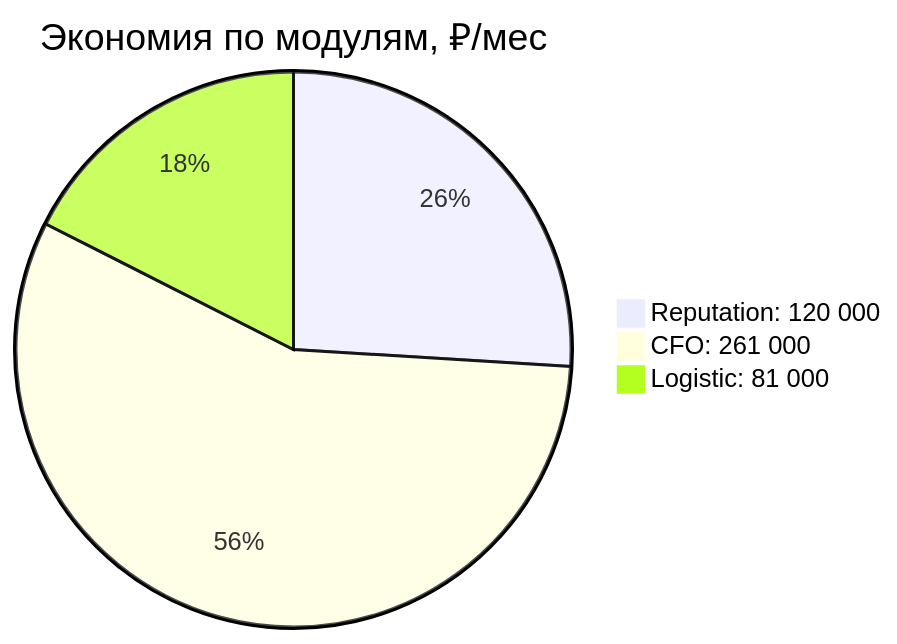
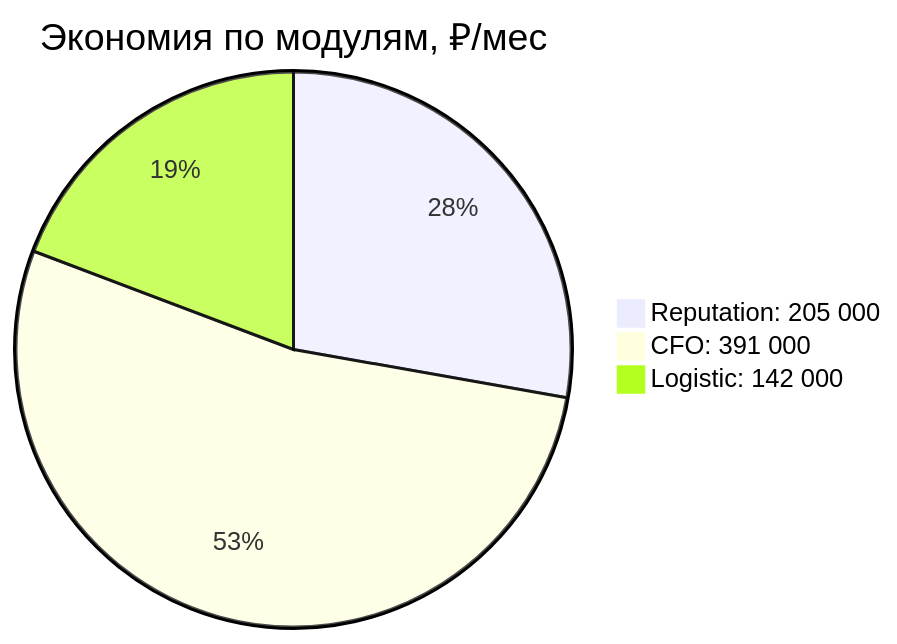
One commit to Sign25/Docs changed the third of 4 diagrams in office/adolf_office_9_efficiency.md. Above: the diagram before and after it, drawn with Mermaid. The commit also changed other lines of this file, not shown here.

````diff
--- a/office/adolf_office_9_efficiency.md
+++ b/office/adolf_office_9_efficiency.md
@@ -242,6 +285,6 @@
 ```mermaid
 pie title Экономия по модулям, ₽/мес
-    "Reputation: 120 000" : 120000
-    "CFO: 261 000" : 261000
-    "Logistic: 81 000" : 81000
+    "Reputation: 205 000" : 205000
+    "CFO: 391 000" : 391000
+    "Logistic: 142 000" : 142000
 ```
````
